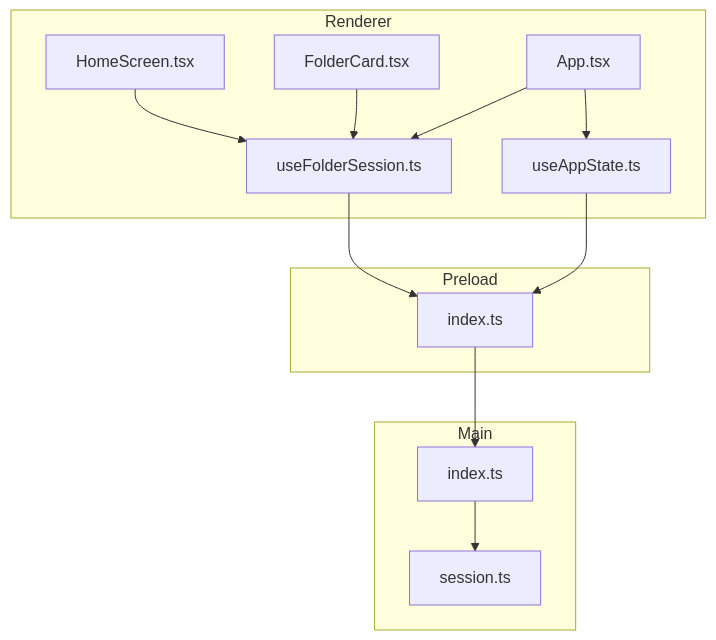
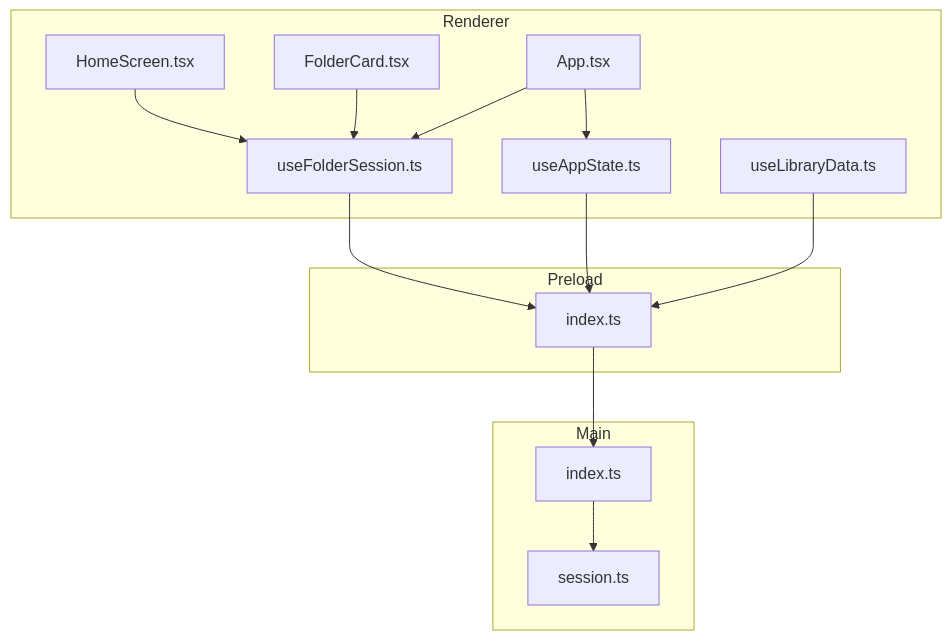
One commit to satyrlord/mixjam-electron changed the first of 11 diagrams in .qoder/repowiki/en/content/Session Management.md. Above: the diagram before and after it, drawn with Mermaid. The commit also changed other lines of this file and 104 other files, not shown here.

First line of the commit message:
fix(config): update markdownlint schema and cleanup ignored paths

````diff
--- a/.qoder/repowiki/en/content/Session Management.md
+++ b/.qoder/repowiki/en/content/Session Management.md
@@ -39,25 +50,27 @@
 ```mermaid
 graph TB
 subgraph "Renderer"
 HS["HomeScreen.tsx"]
 FC["FolderCard.tsx"]
 UFS["useFolderSession.ts"]
 UAS["useAppState.ts"]
+ULD["useLibraryData.ts"]
 APP["App.tsx"]
 end
 subgraph "Preload"
 PRE["index.ts"]
 end
 subgraph "Main"
 IDX["index.ts"]
 SES["session.ts"]
 end
 HS --> UFS
 FC --> UFS
 APP --> UFS
 APP --> UAS
 UFS --> PRE
 UAS --> PRE
+ULD --> PRE
 PRE --> IDX
 IDX --> SES
 ```
````
